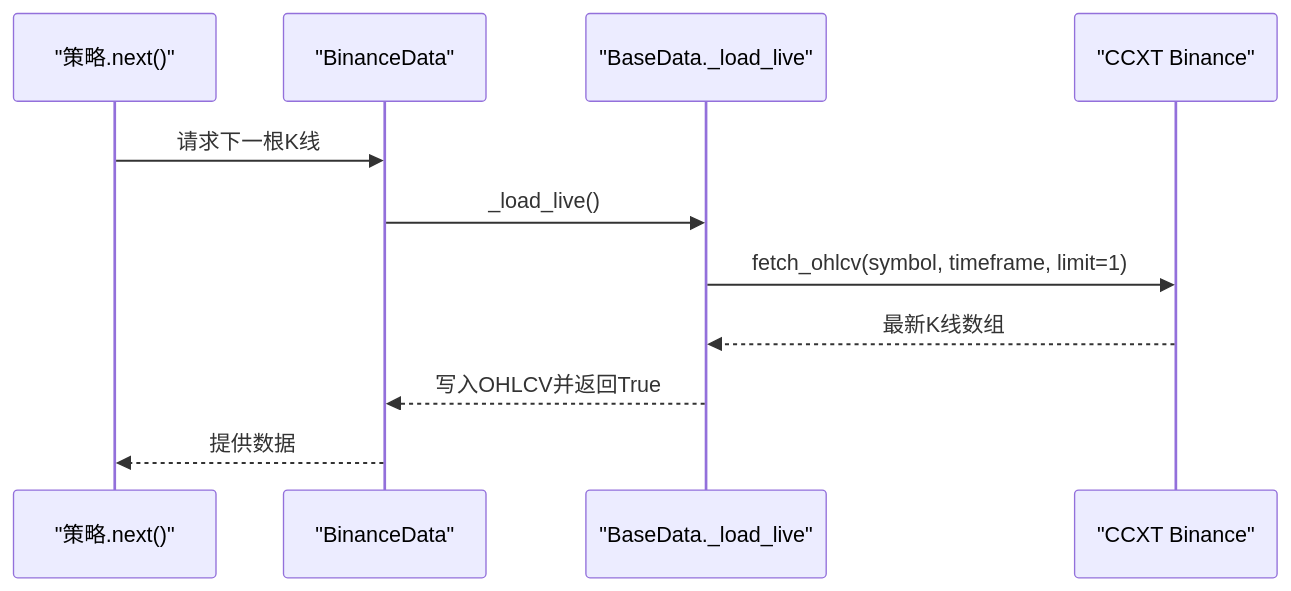
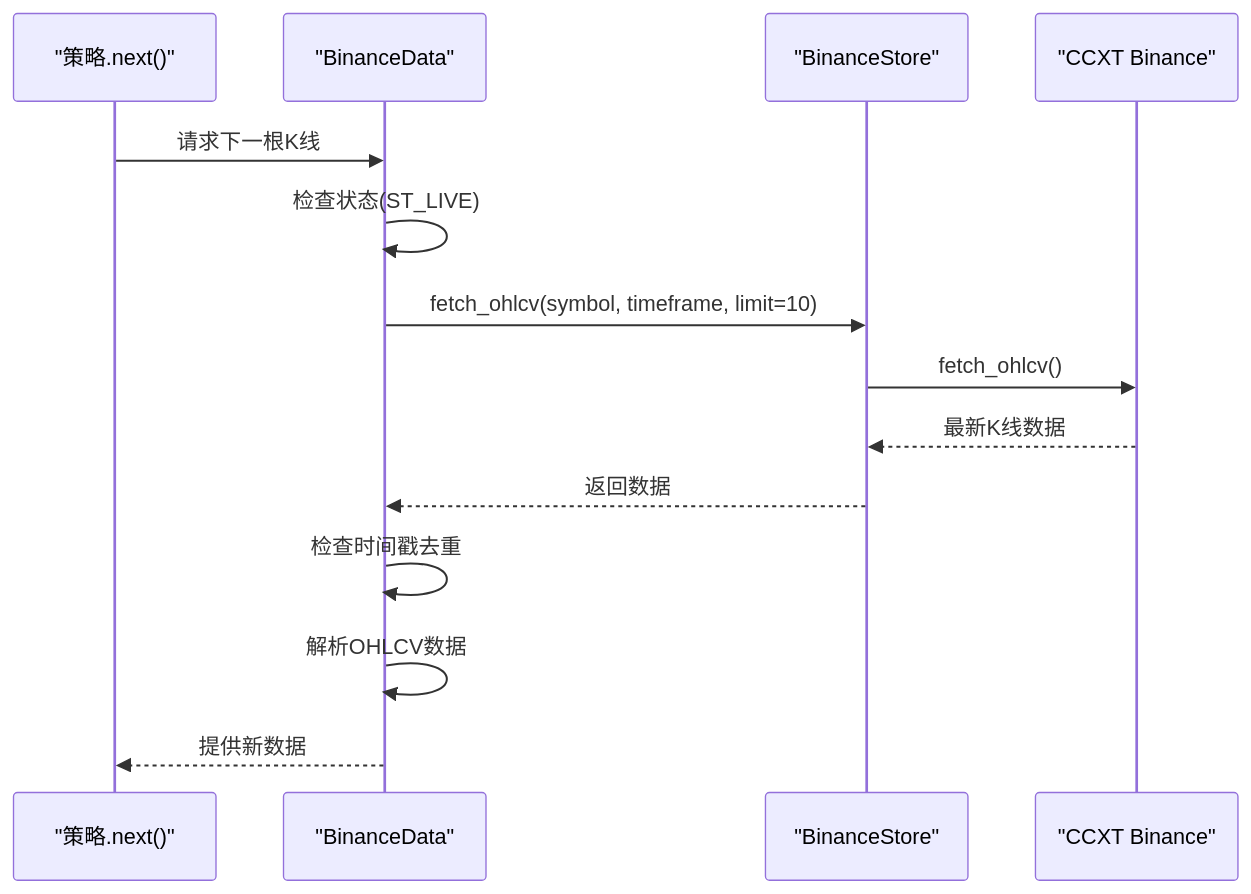
One commit to bench-prog/backtrader changed the fifth of 6 diagrams in .qoder/repowiki/zh/content/实盘交易模块/Binance交易所集成/BinanceDataFeed数据层.md. Above: the diagram before and after it, drawn with Mermaid. The commit also changed other lines of this file and 23 other files, not shown here.

````diff
--- a/.qoder/repowiki/zh/content/实盘交易模块/Binance交易所集成/BinanceDataFeed数据层.md
+++ b/.qoder/repowiki/zh/content/实盘交易模块/Binance交易所集成/BinanceDataFeed数据层.md
@@ -214,13 +213,16 @@
 ```mermaid
 sequenceDiagram
 participant Strat as "策略.next()"
 participant Data as "BinanceData"
-participant Base as "BaseData._load_live"
+participant Store as "BinanceStore"
 participant CCXT as "CCXT Binance"
 Strat->>Data : 请求下一根K线
-Data->>Base : _load_live()
-Base->>CCXT : fetch_ohlcv(symbol, timeframe, limit=1)
-CCXT-->>Base : 最新K线数组
-Base-->>Data : 写入OHLCV并返回True
-Data-->>Strat : 提供数据
+Data->>Data : 检查状态(ST_LIVE)
+Data->>Store : fetch_ohlcv(symbol, timeframe, limit=10)
+Store->>CCXT : fetch_ohlcv()
+CCXT-->>Store : 最新K线数据
+Store-->>Data : 返回数据
+Data->>Data : 检查时间戳去重
+Data->>Data : 解析OHLCV数据
+Data-->>Strat : 提供新数据
 ```
````
